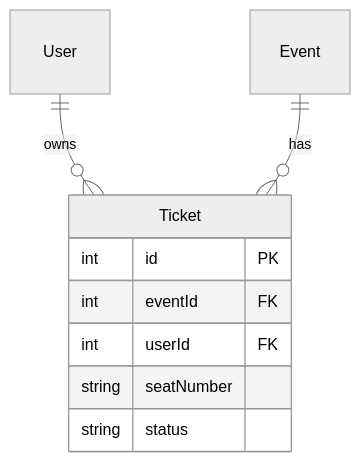
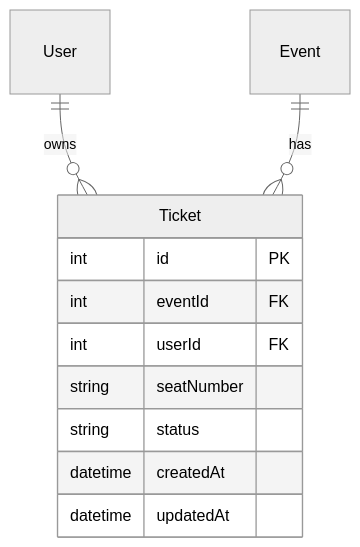
One commit to naufaldi/event-book-system changed the fourth of 4 diagrams in rfc/database.md. Above: the diagram before and after it, drawn with Mermaid (neutral theme). The commit also changed other lines of this file and 10 other files, not shown here.

````diff
--- a/rfc/database.md
+++ b/rfc/database.md
@@ -103,12 +117,14 @@
 ```mermaid
 erDiagram
     Ticket {
         int id PK
         int eventId FK
         int userId FK
         string seatNumber
         string status
+        datetime createdAt
+        datetime updatedAt
     }
     User ||--o{ Ticket : owns
     Event ||--o{ Ticket : "has"
 ```
````
